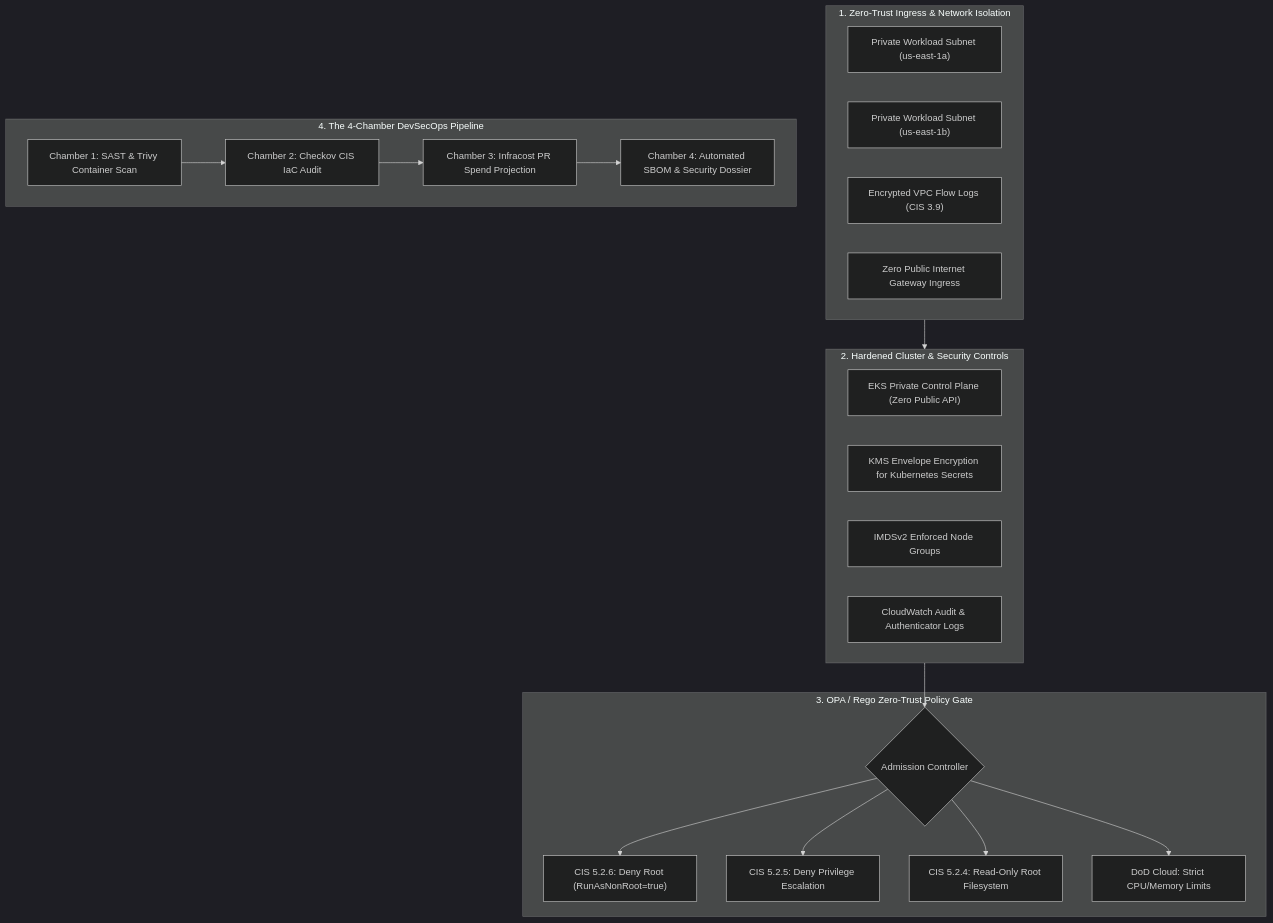
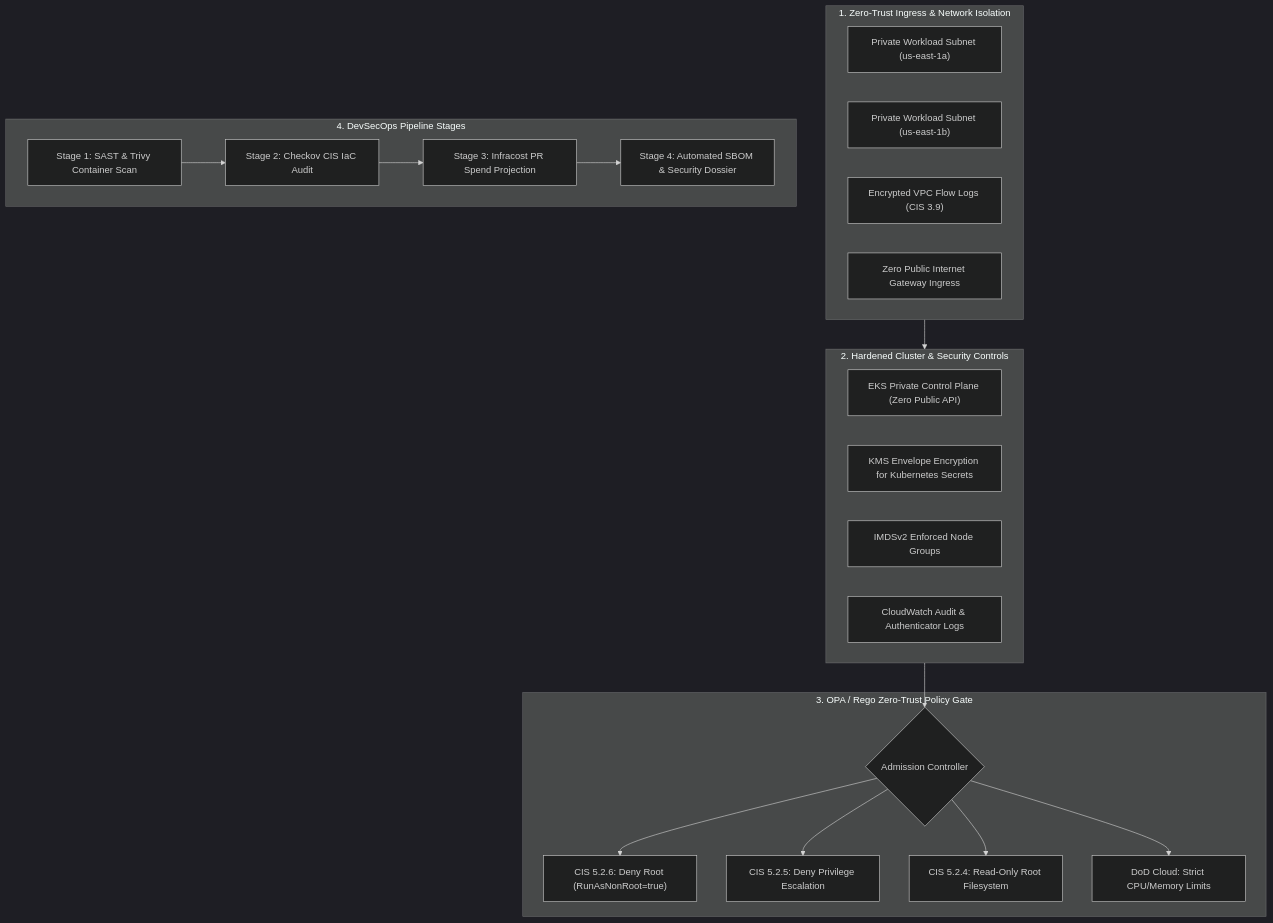
One commit to FreeFades2Black/defense-gitops-landing-zone changed the diagram in README.md. Above: the diagram before and after it, drawn with Mermaid (dark theme). The commit also changed other lines of this file, not shown here.

````diff
--- a/README.md
+++ b/README.md
@@ -25,41 +24,41 @@
 ```mermaid
 flowchart TD
     subgraph S1["1. Zero-Trust Ingress & Network Isolation"]
         A1["Private Workload Subnet (us-east-1a)"]
         A2["Private Workload Subnet (us-east-1b)"]
         A3["Encrypted VPC Flow Logs (CIS 3.9)"]
         A4["Zero Public Internet Gateway Ingress"]
     end
 
     subgraph S2["2. Hardened Cluster & Security Controls"]
         B1["EKS Private Control Plane (Zero Public API)"]
         B2["KMS Envelope Encryption for Kubernetes Secrets"]
         B3["IMDSv2 Enforced Node Groups"]
         B4["CloudWatch Audit & Authenticator Logs"]
     end
 
     subgraph S3["3. OPA / Rego Zero-Trust Policy Gate"]
         C1{"Admission Controller"}
         C2["CIS 5.2.6: Deny Root (RunAsNonRoot=true)"]
         C3["CIS 5.2.5: Deny Privilege Escalation"]
         C4["CIS 5.2.4: Read-Only Root Filesystem"]
         C5["DoD Cloud: Strict CPU/Memory Limits"]
     end
 
-    subgraph S4["4. The 4-Chamber DevSecOps Pipeline"]
-        D1["Chamber 1: SAST & Trivy Container Scan"]
-        D2["Chamber 2: Checkov CIS IaC Audit"]
-        D3["Chamber 3: Infracost PR Spend Projection"]
-        D4["Chamber 4: Automated SBOM & Security Dossier"]
+    subgraph S4["4. DevSecOps Pipeline Stages"]
+        D1["Stage 1: SAST & Trivy Container Scan"]
+        D2["Stage 2: Checkov CIS IaC Audit"]
+        D3["Stage 3: Infracost PR Spend Projection"]
+        D4["Stage 4: Automated SBOM & Security Dossier"]
     end
 
     S1 --> S2
     S2 --> C1
     C1 --> C2
     C1 --> C3
     C1 --> C4
     C1 --> C5
     D1 --> D2
     D2 --> D3
     D3 --> D4
 ```
````
